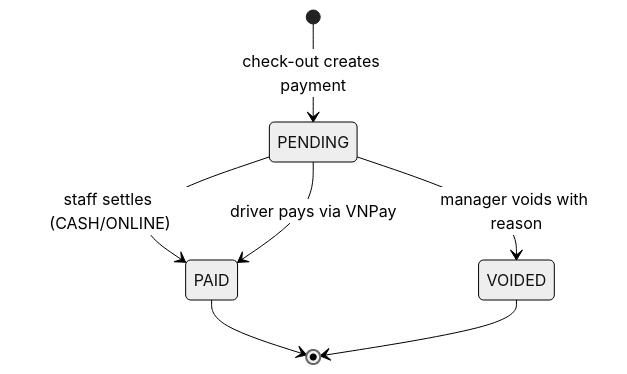
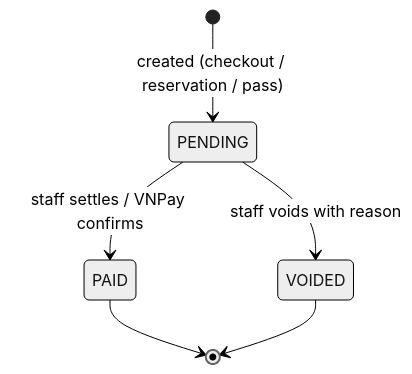
One commit to duu261/Parking-Building-Management-System changed the diagram in docs/features/payment.md. Above: the diagram before and after it, drawn with Mermaid (neutral theme). The commit also changed other lines of this file and 6 other files, not shown here.

````diff
--- a/docs/features/payment.md
+++ b/docs/features/payment.md
@@ -18,9 +28,8 @@
 ```mermaid
 stateDiagram-v2
-    [*] --> PENDING: check-out creates payment
-    PENDING --> PAID: staff settles (CASH/ONLINE)
-    PENDING --> PAID: driver pays via VNPay
-    PENDING --> VOIDED: manager voids with reason
+    [*] --> PENDING: created (checkout / reservation / pass)
+    PENDING --> PAID: staff settles / VNPay confirms
+    PENDING --> VOIDED: staff voids with reason
     PAID --> [*]
     VOIDED --> [*]
 ```
````
